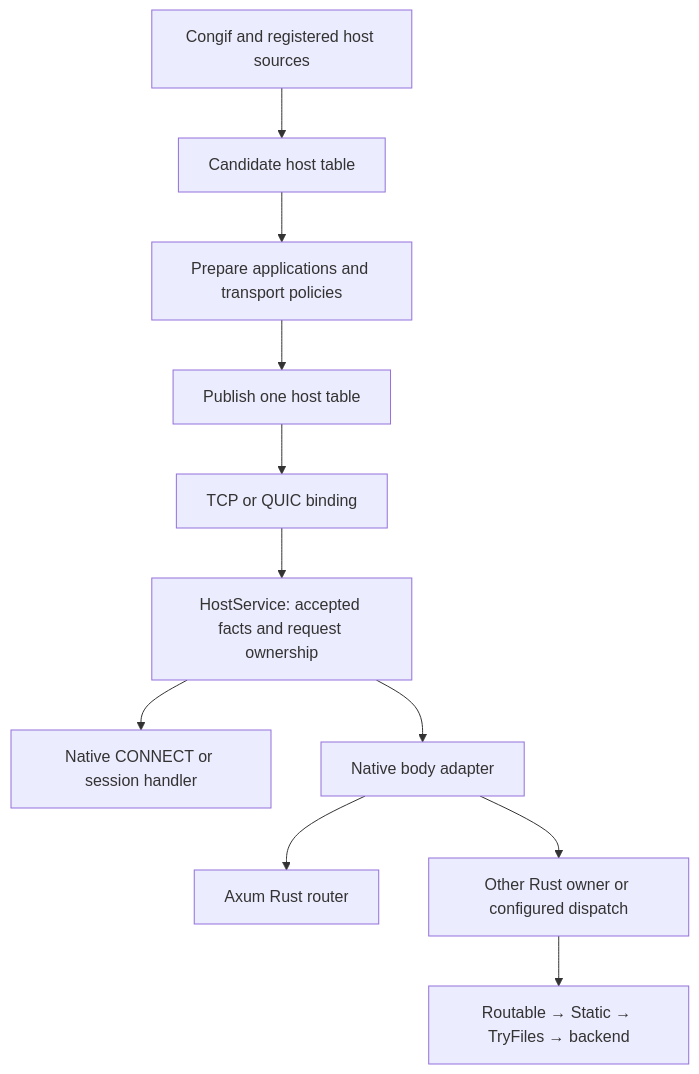
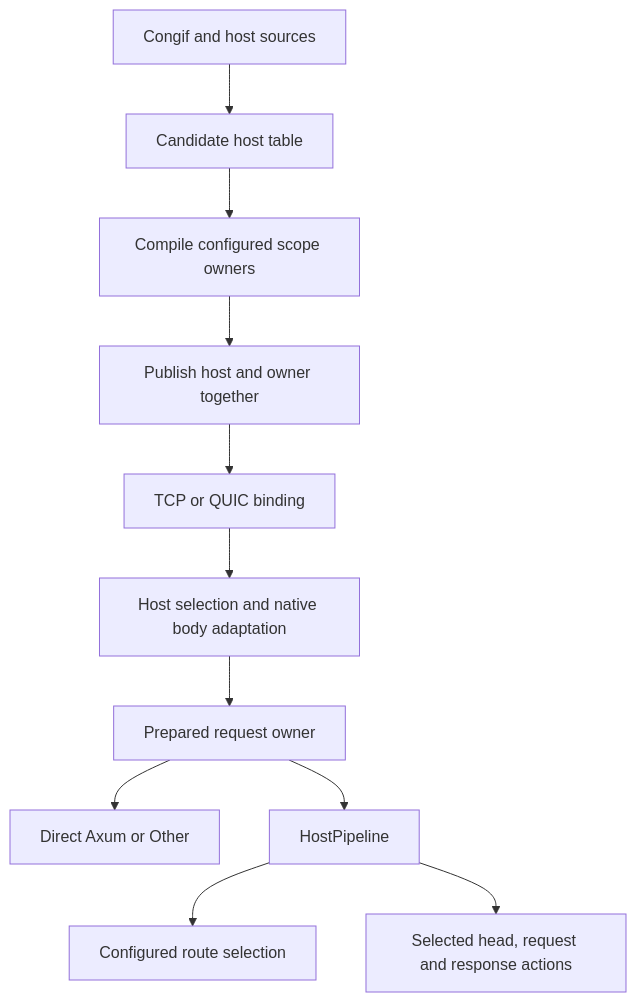
The diagram in crates/edge/ARCHITECTURE.md (claviron/claviron), drawn with Mermaid before and after one commit. The commit also changed other lines of this file and 1 other file, not shown here.

Commit message:
Document explicit host layer preparation and integration boundaries

````diff
--- a/crates/edge/ARCHITECTURE.md
+++ b/crates/edge/ARCHITECTURE.md
@@ -15,13 +15,13 @@
 ```mermaid
 flowchart TD
-    Config[Congif and registered host sources] --> Loader[Candidate host table]
-    Loader --> Prepare[Prepare applications and transport policies]
-    Prepare --> Publish[Publish one host table]
+    Config[Congif and host sources] --> Table[Candidate host table]
+    Table --> Compile[Compile configured scope owners]
+    Compile --> Publish[Publish host and owner together]
     Publish --> Transport[TCP or QUIC binding]
-    Transport --> Host[HostService: accepted facts and request ownership]
-    Host --> Session[Native CONNECT or session handler]
-    Host --> Body[Native body adapter]
-    Body --> Axum[Axum Rust router]
-    Body --> Other[Other Rust owner or configured dispatch]
-    Other --> Chain[Routable → Static → TryFiles → backend]
+    Transport --> Select[Host selection and native body adaptation]
+    Select --> Owner[Prepared request owner]
+    Owner --> Rust[Direct Axum or Other]
+    Owner --> Plan[HostPipeline]
+    Plan --> Scope[Configured route selection]
+    Plan --> Actions[Selected head, request and response actions]
 ```
````
